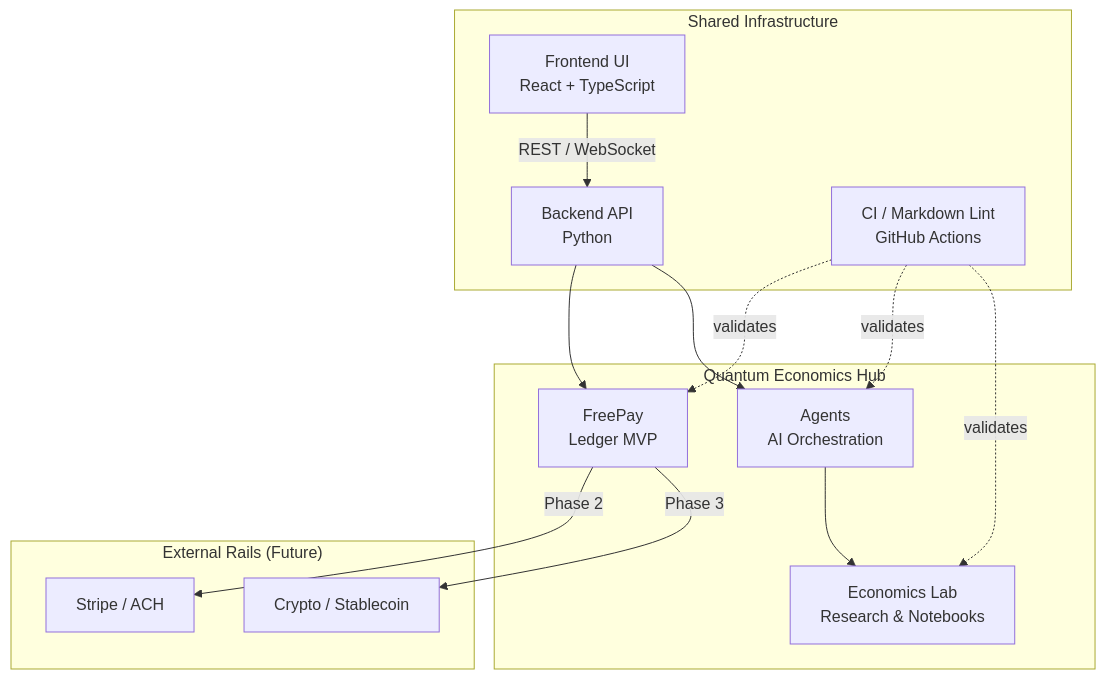
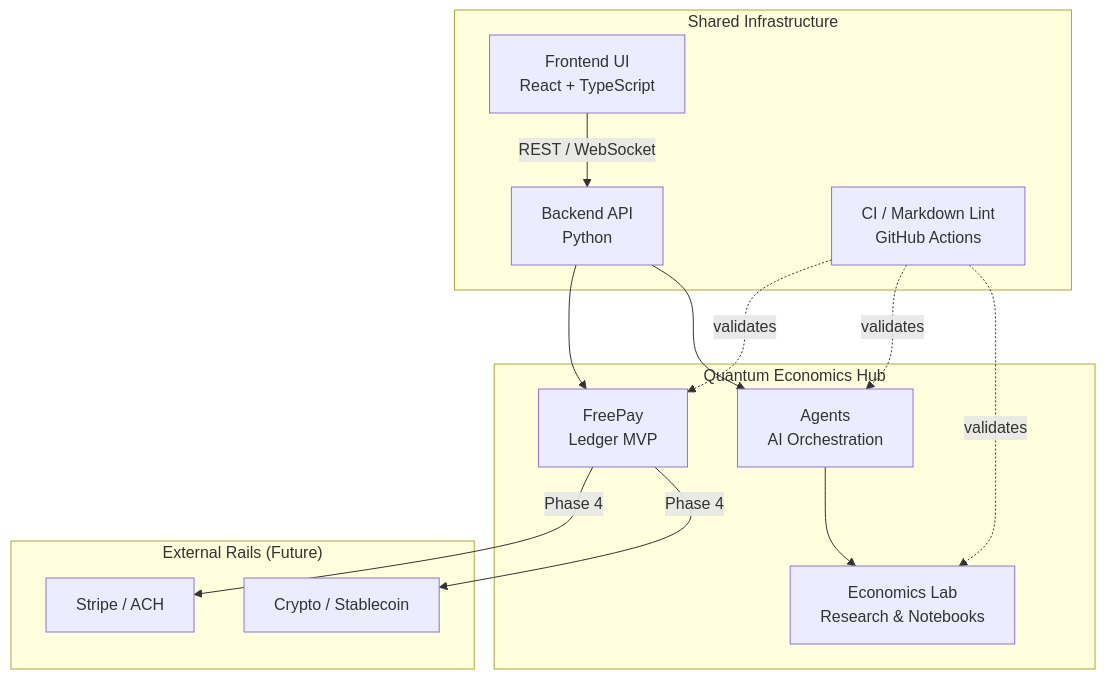
One commit to balancerockartist-ctrl/Quantum-Economics- changed the diagram in docs/architecture.md. Above: the diagram before and after it, drawn with Mermaid. The commit also changed other lines of this file and 1 other file, not shown here.

Commit message:
Fix phase labels in architecture diagram and add CI permissions
Agent-Logs-Url: https://github.com/balancerockartist-ctrl/Quantum-Economics-/sessions/f5c3c924-5be2-4bec-8dd3-8aaed7a09a21

````diff
--- a/docs/architecture.md
+++ b/docs/architecture.md
@@ -24,31 +24,31 @@
 ```mermaid
 graph TD
     subgraph "Quantum Economics Hub"
         FP[FreePay<br/>Ledger MVP]
         AG[Agents<br/>AI Orchestration]
         EL[Economics Lab<br/>Research & Notebooks]
     end
 
     subgraph "Shared Infrastructure"
         BE[Backend API<br/>Python]
         FE[Frontend UI<br/>React + TypeScript]
         CI[CI / Markdown Lint<br/>GitHub Actions]
     end
 
     subgraph "External Rails (Future)"
         STR[Stripe / ACH]
         CRY[Crypto / Stablecoin]
     end
 
     FE -->|REST / WebSocket| BE
     BE --> FP
     BE --> AG
     AG --> EL
 
-    FP -->|Phase 2| STR
-    FP -->|Phase 3| CRY
+    FP -->|Phase 4| STR
+    FP -->|Phase 4| CRY
 
     CI -.->|validates| FP
     CI -.->|validates| AG
     CI -.->|validates| EL
 ```
````
